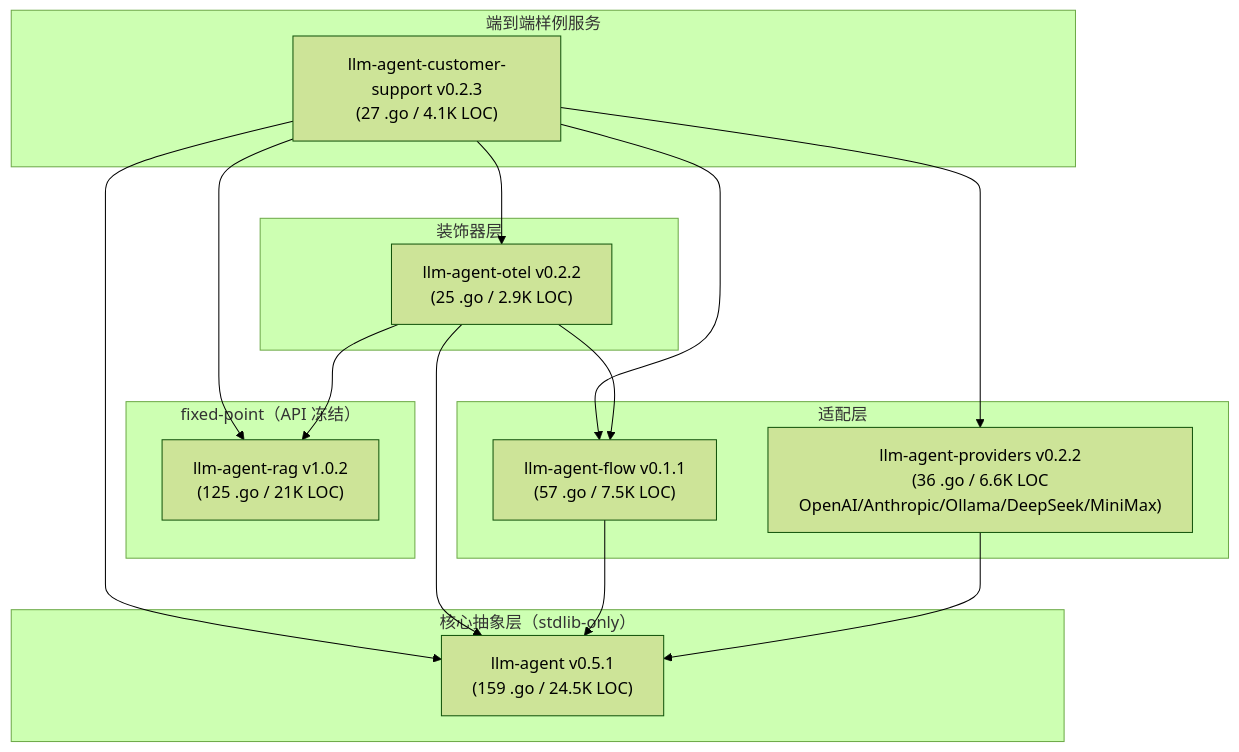
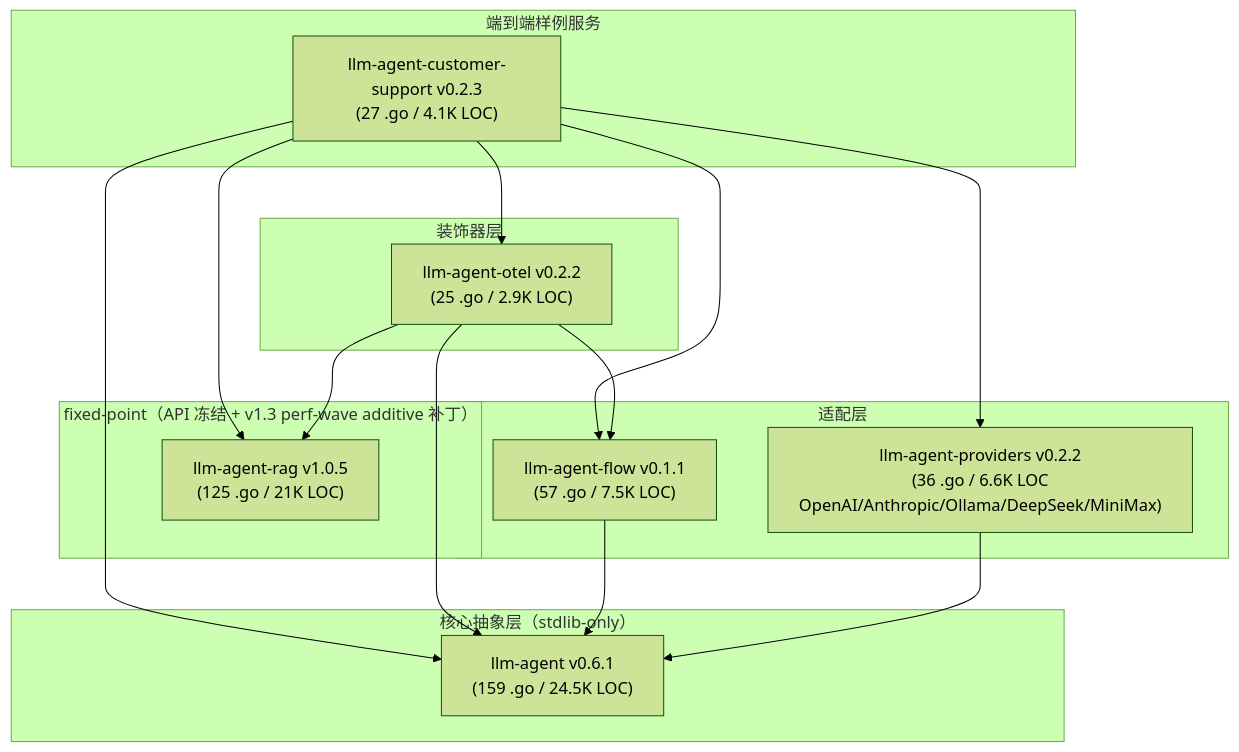
One commit to costa92/llm-agent-ecosystem changed the diagram in docs/ecosystem-design-review.zh-CN.md. Above: the diagram before and after it, drawn with Mermaid (forest theme). The commit also changed other lines of this file and 5 other files, not shown here.

First line of the commit message:
docs: sync v1.3 perf-wave closure (P1-1/15/16, rag v1.0.5) (#2)

````diff
--- a/docs/ecosystem-design-review.zh-CN.md
+++ b/docs/ecosystem-design-review.zh-CN.md
@@ -34,34 +34,34 @@
 ```mermaid
 flowchart TB
-    subgraph fixedpoint["fixed-point（API 冻结）"]
-        rag["llm-agent-rag v1.0.2<br/>(125 .go / 21K LOC)"]
+    subgraph fixedpoint["fixed-point（API 冻结 + v1.3 perf-wave additive 补丁）"]
+        rag["llm-agent-rag v1.0.5<br/>(125 .go / 21K LOC)"]
     end
 
     subgraph core["核心抽象层（stdlib-only）"]
-        agent["llm-agent v0.5.1<br/>(159 .go / 24.5K LOC)"]
+        agent["llm-agent v0.6.1<br/>(159 .go / 24.5K LOC)"]
     end
 
     subgraph adapter["适配层"]
         providers["llm-agent-providers v0.2.2<br/>(36 .go / 6.6K LOC<br/>OpenAI/Anthropic/Ollama/DeepSeek/MiniMax)"]
         flow["llm-agent-flow v0.1.1<br/>(57 .go / 7.5K LOC)"]
     end
 
     subgraph decorator["装饰器层"]
         otel["llm-agent-otel v0.2.2<br/>(25 .go / 2.9K LOC)"]
     end
 
     subgraph service["端到端样例服务"]
         cs["llm-agent-customer-support v0.2.3<br/>(27 .go / 4.1K LOC)"]
     end
 
     providers --> agent
     flow --> agent
     otel --> agent
     otel --> rag
     otel --> flow
     cs --> agent
     cs --> providers
     cs --> otel
     cs --> flow
     cs --> rag
 ```
````
